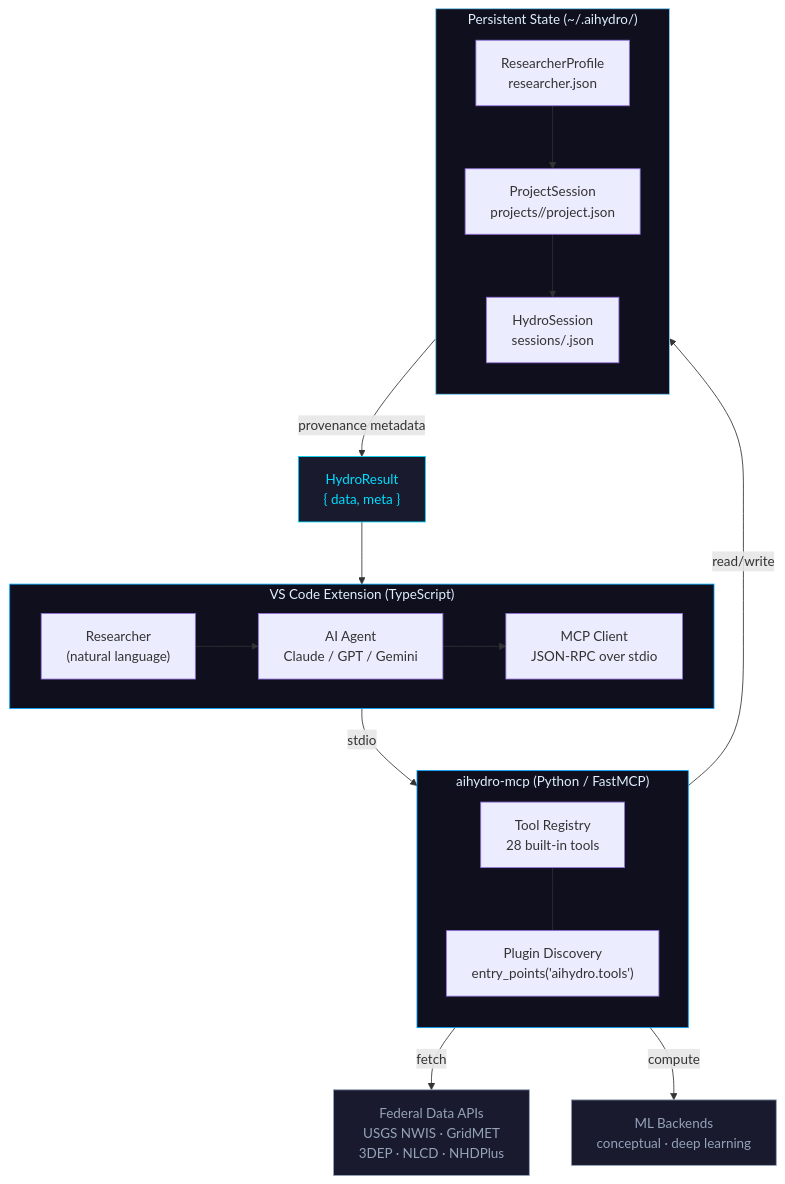
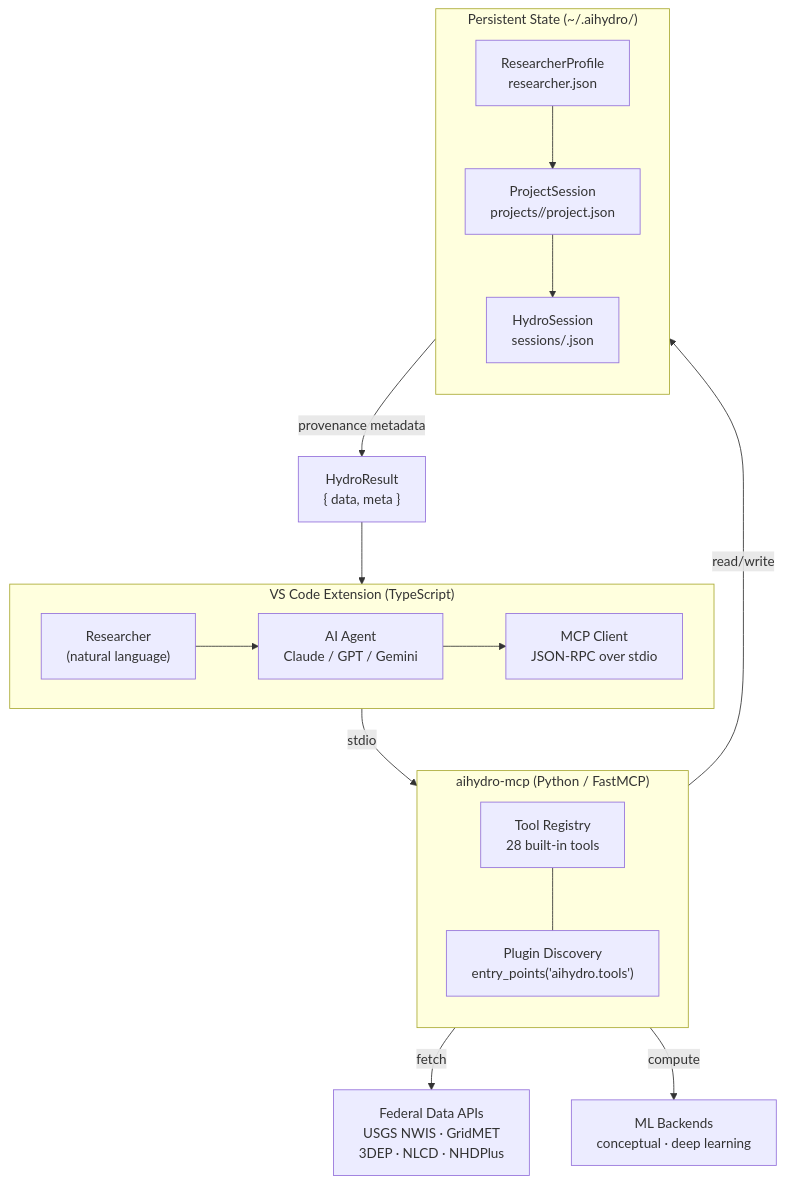
Before and after one commit to cline/cline: the first of 3 diagrams in docs/architecture.md, drawn with Mermaid. The commit also changed other lines of this file and 19 other files, not shown here.

````diff
--- a/docs/architecture.md
+++ b/docs/architecture.md
@@ -13,51 +13,44 @@
 ```mermaid
 flowchart TB
     subgraph EXT["VS Code Extension (TypeScript)"]
         direction LR
         USER["Researcher
 (natural language)"] --> LLM["AI Agent
 Claude / GPT / Gemini"]
         LLM --> CLIENT["MCP Client
 JSON-RPC over stdio"]
     end
 
     CLIENT -->|stdio| MCP
 
     subgraph MCP["aihydro-mcp (Python / FastMCP)"]
         direction TB
         TOOLS["Tool Registry
 28 built-in tools"]
         PLUGINS["Plugin Discovery
 entry_points('aihydro.tools')"]
         TOOLS --- PLUGINS
     end
 
     MCP -->|fetch| APIS["Federal Data APIs
 USGS NWIS · GridMET
 3DEP · NLCD · NHDPlus"]
     MCP -->|compute| ML["ML Backends
 conceptual · deep learning"]
     MCP -->|read/write| SESSION
 
     subgraph SESSION["Persistent State (~/.aihydro/)"]
         direction TB
         RP["ResearcherProfile
 researcher.json"]
         PS["ProjectSession
 projects/<name>/project.json"]
         HS["HydroSession
 sessions/<gauge>.json"]
         RP --> PS --> HS
     end
 
     HS -->|provenance metadata| PROV["HydroResult
 { data, meta }"]
     PROV --> LLM
-
-    style EXT fill:#0f0f1e,stroke:#00a3ff,color:#e0f0ff
-    style MCP fill:#0f0f1e,stroke:#00a3ff,color:#e0f0ff
-    style SESSION fill:#0f0f1e,stroke:#7dd3fc,color:#e0f0ff
-    style APIS fill:#1a1a2e,stroke:#94a3b8,color:#94a3b8
-    style ML fill:#1a1a2e,stroke:#94a3b8,color:#94a3b8
-    style PROV fill:#1a1a2e,stroke:#00ddff,color:#00ddff
 ```
````
